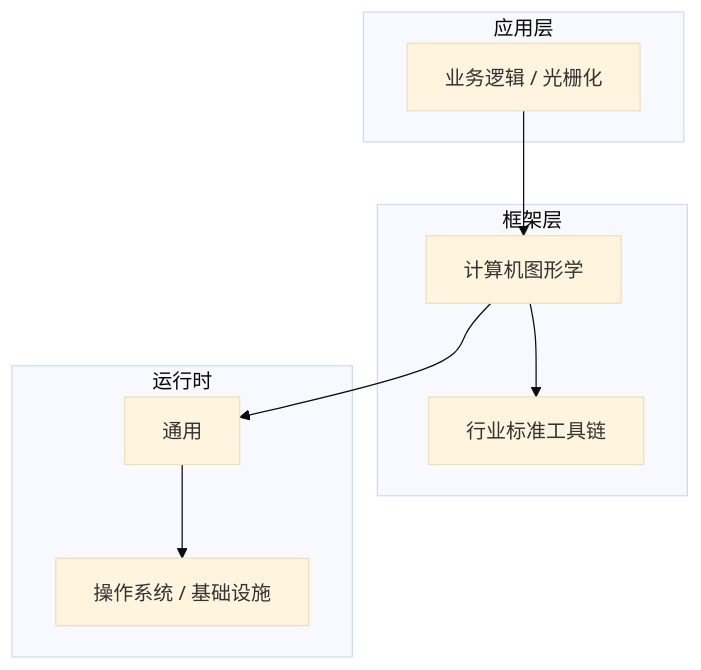
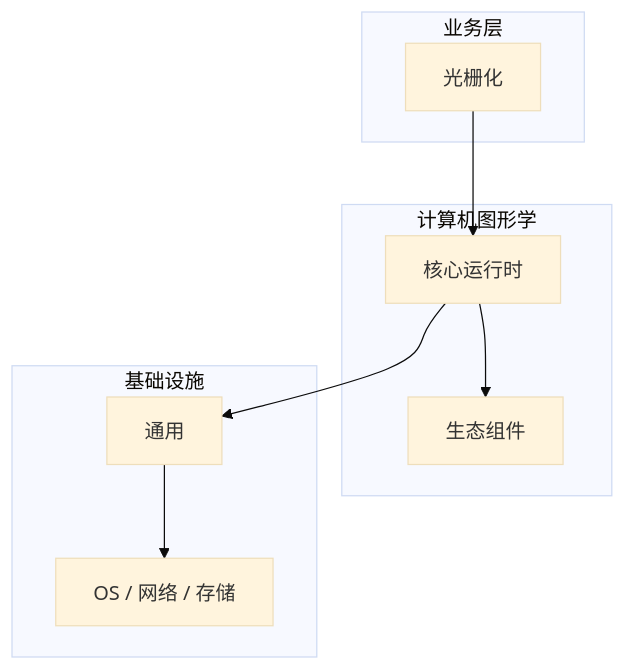
Before and after one commit to yanggan2015/knowledge-json-v2: the diagram in articles/计算机图形学/chapters/021-光栅化核心概念与原理.md, drawn with Mermaid (base theme). The commit also changed other lines of this file and 10127 other files, not shown here.

````diff
--- a/articles/计算机图形学/chapters/021-光栅化核心概念与原理.md
+++ b/articles/计算机图形学/chapters/021-光栅化核心概念与原理.md
@@ -45,18 +30,18 @@
 ```mermaid
 graph TB
-    subgraph 应用层
-        A[业务逻辑 / 光栅化]
+    subgraph 业务层
+        A[光栅化]
     end
-    subgraph 框架层
-        B[计算机图形学]
-        C[行业标准工具链]
+    subgraph 计算机图形学
+        B[核心运行时]
+        C[生态组件]
     end
-    subgraph 运行时
+    subgraph 基础设施
         D[通用]
-        E[操作系统 / 基础设施]
+        E[OS / 网络 / 存储]
     end
     A --> B
     B --> C
     B --> D
     D --> E
 ```
````
